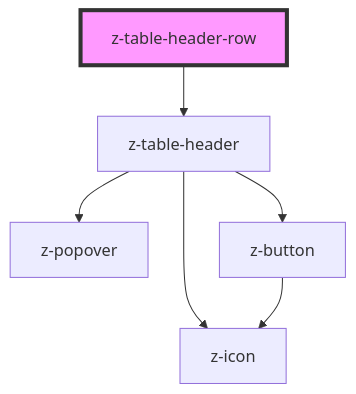
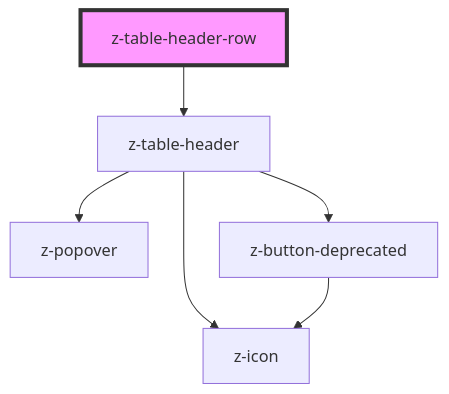
One commit to ZanichelliEditore/design-system changed the diagram in src/components/z-table/z-table-header-row/readme.md. Above: the diagram before and after it, drawn with Mermaid. The commit also changed 61 other files, not shown here.

Commit message:
chore: use z-button-deprecated

````diff
--- a/src/components/z-table/z-table-header-row/readme.md
+++ b/src/components/z-table/z-table-header-row/readme.md
@@ -22,9 +22,9 @@
 ```mermaid
 graph TD;
   z-table-header-row --> z-table-header
   z-table-header --> z-icon
   z-table-header --> z-popover
-  z-table-header --> z-button
-  z-button --> z-icon
+  z-table-header --> z-button-deprecated
+  z-button-deprecated --> z-icon
   style z-table-header-row fill:#f9f,stroke:#333,stroke-width:4px
 ```
````
